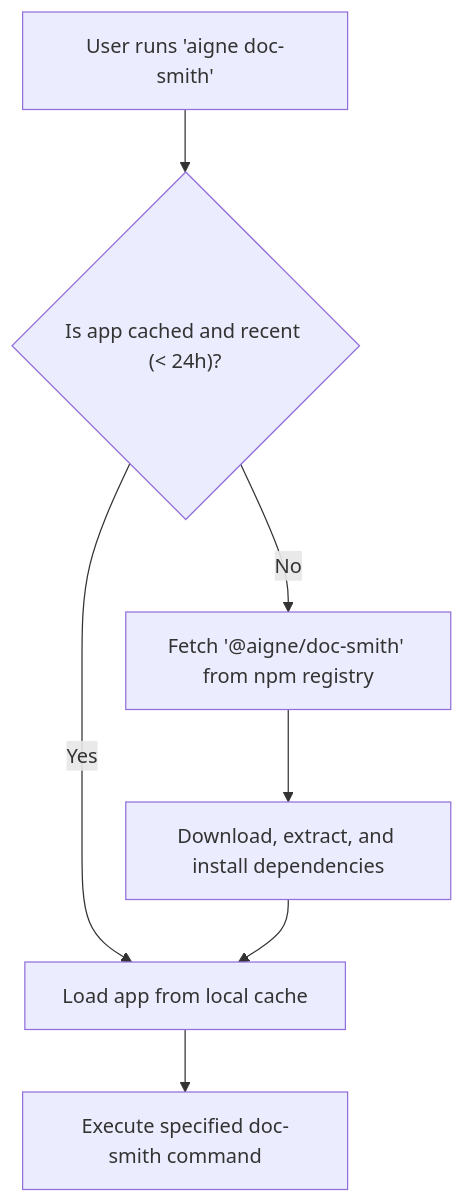
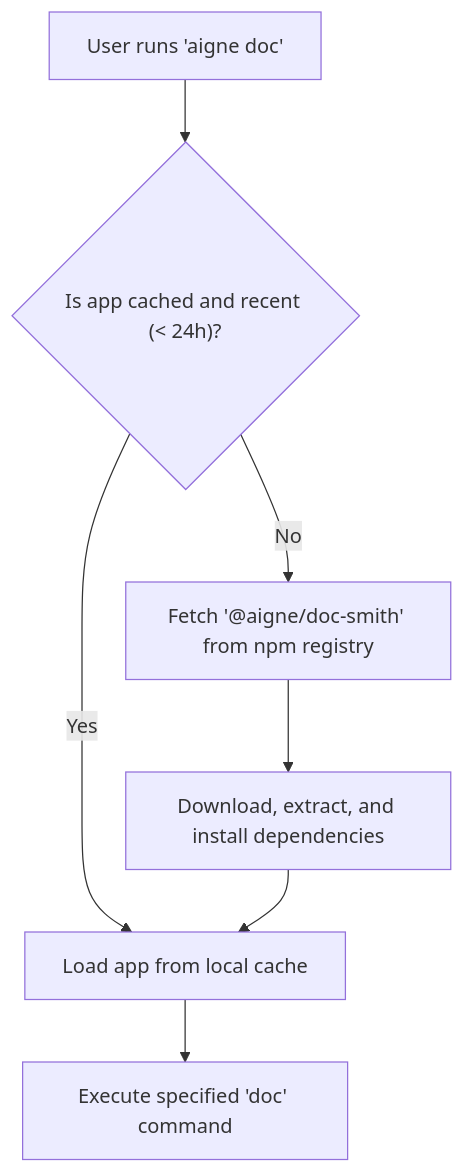
One commit to AIGNE-io/aigne-framework changed the diagram in packages/cli/docs/command-reference-built-in-apps.md. Above: the diagram before and after it, drawn with Mermaid. The commit also changed other lines of this file and 4 other files, not shown here.

````diff
--- a/packages/cli/docs/command-reference-built-in-apps.md
+++ b/packages/cli/docs/command-reference-built-in-apps.md
@@ -58,9 +61,9 @@
 ```mermaid
 flowchart TD
-    A["User runs 'aigne doc-smith'"] --> B{"Is app cached and recent (< 24h)?"};
+    A["User runs 'aigne doc'"] --> B{"Is app cached and recent (< 24h)?"};
     B -- "Yes" --> E["Load app from local cache"];
     B -- "No" --> C["Fetch '@aigne/doc-smith' from npm registry"];
     C --> D["Download, extract, and install dependencies"];
     D --> E;
-    E --> F["Execute specified doc-smith command"];
+    E --> F["Execute specified 'doc' command"];
 ```
````
